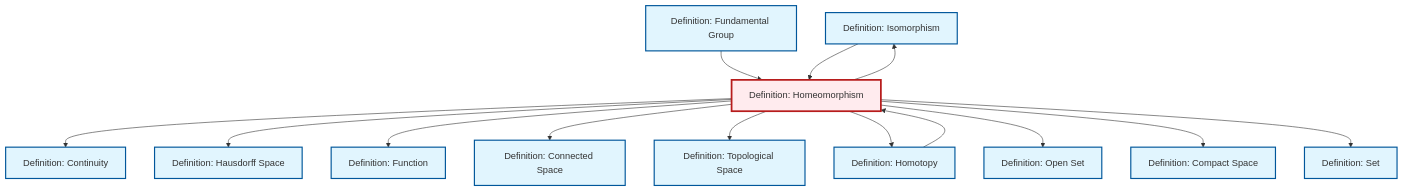
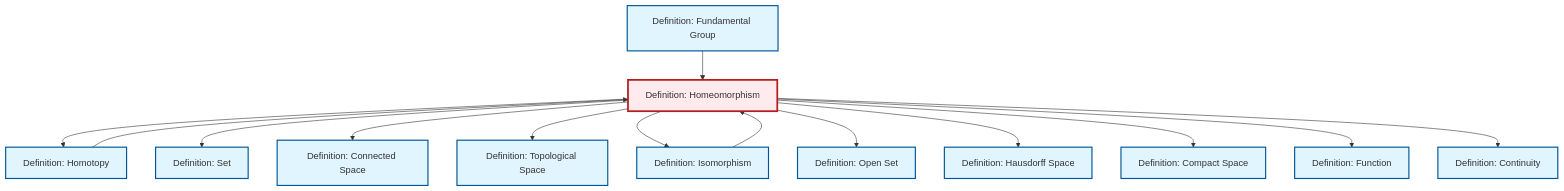
Before and after one commit to RK0429/ModernMath: the diagram in content/en/topology/def-homeomorphism.qmd, drawn with Mermaid. The commit also changed other lines of this file and 672 other files, not shown here.

````diff
--- a/content/en/topology/def-homeomorphism.qmd
+++ b/content/en/topology/def-homeomorphism.qmd
@@ -103,46 +103,46 @@
 ```{mermaid}
 %%| fig-cap: "Local dependency graph"
 graph TD
     classDef definition fill:#e1f5fe,stroke:#01579b,stroke-width:2px
     classDef theorem fill:#f3e5f5,stroke:#4a148c,stroke-width:2px
     classDef axiom fill:#fff3e0,stroke:#e65100,stroke-width:2px
     classDef example fill:#e8f5e9,stroke:#1b5e20,stroke-width:2px
     classDef current fill:#ffebee,stroke:#b71c1c,stroke-width:3px
+    def-set["Definition: Set"]:::definition
+    def-topological-space["Definition: Topological Space"]:::definition
+    def-compact["Definition: Compact Space"]:::definition
+    def-homeomorphism["Definition: Homeomorphism"]:::definition
     def-isomorphism["Definition: Isomorphism"]:::definition
-    def-fundamental-group["Definition: Fundamental Group"]:::definition
-    def-connected["Definition: Connected Space"]:::definition
+    def-function["Definition: Function"]:::definition
     def-homotopy["Definition: Homotopy"]:::definition
     def-open-set["Definition: Open Set"]:::definition
-    def-set["Definition: Set"]:::definition
-    def-homeomorphism["Definition: Homeomorphism"]:::definition
+    def-fundamental-group["Definition: Fundamental Group"]:::definition
     def-continuity["Definition: Continuity"]:::definition
-    def-function["Definition: Function"]:::definition
-    def-compact["Definition: Compact Space"]:::definition
-    def-topological-space["Definition: Topological Space"]:::definition
     def-hausdorff["Definition: Hausdorff Space"]:::definition
-    def-homeomorphism --> def-continuity
-    def-homeomorphism --> def-hausdorff
-    def-homeomorphism --> def-function
-    def-fundamental-group --> def-homeomorphism
-    def-homotopy --> def-homeomorphism
+    def-connected["Definition: Connected Space"]:::definition
+    def-homeomorphism --> def-homotopy
+    def-homeomorphism --> def-set
     def-isomorphism --> def-homeomorphism
     def-homeomorphism --> def-connected
     def-homeomorphism --> def-topological-space
-    def-homeomorphism --> def-homotopy
     def-homeomorphism --> def-isomorphism
     def-homeomorphism --> def-open-set
+    def-homeomorphism --> def-hausdorff
+    def-fundamental-group --> def-homeomorphism
     def-homeomorphism --> def-compact
-    def-homeomorphism --> def-set
+    def-homotopy --> def-homeomorphism
+    def-homeomorphism --> def-function
+    def-homeomorphism --> def-continuity
     class def-homeomorphism current
+    click def-set "def-set.html" "Go to Set definition"
+    click def-topological-space "def-topological-space.html" "Go to Topological Space definition"
+    click def-compact "def-compact.html" "Go to Compact Space definition"
     click def-isomorphism "def-isomorphism.html" "Go to Isomorphism definition"
-    click def-fundamental-group "def-fundamental-group.html" "Go to Fundamental Group definition"
-    click def-connected "def-connected.html" "Go to Connected Space definition"
+    click def-function "def-function.html" "Go to Function definition"
     click def-homotopy "def-homotopy.html" "Go to Homotopy definition"
     click def-open-set "def-open-set.html" "Go to Open Set definition"
-    click def-set "def-set.html" "Go to Set definition"
+    click def-fundamental-group "def-fundamental-group.html" "Go to Fundamental Group definition"
     click def-continuity "def-continuity.html" "Go to Continuity definition"
-    click def-function "def-function.html" "Go to Function definition"
-    click def-compact "def-compact.html" "Go to Compact Space definition"
-    click def-topological-space "def-topological-space.html" "Go to Topological Space definition"
     click def-hausdorff "def-hausdorff.html" "Go to Hausdorff Space definition"
+    click def-connected "def-connected.html" "Go to Connected Space definition"
 ```
````
